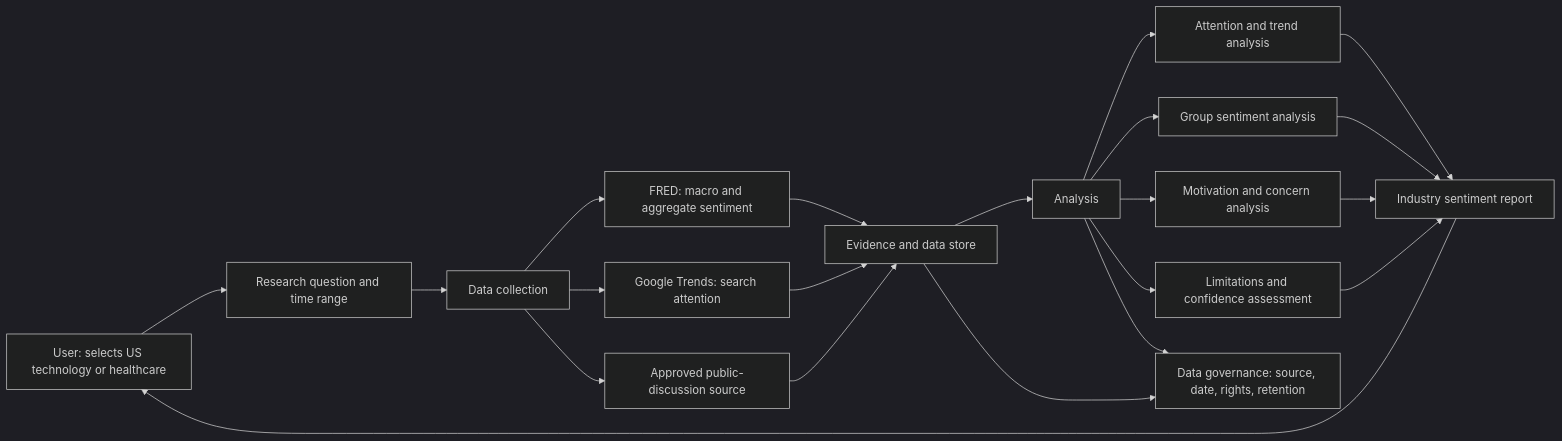
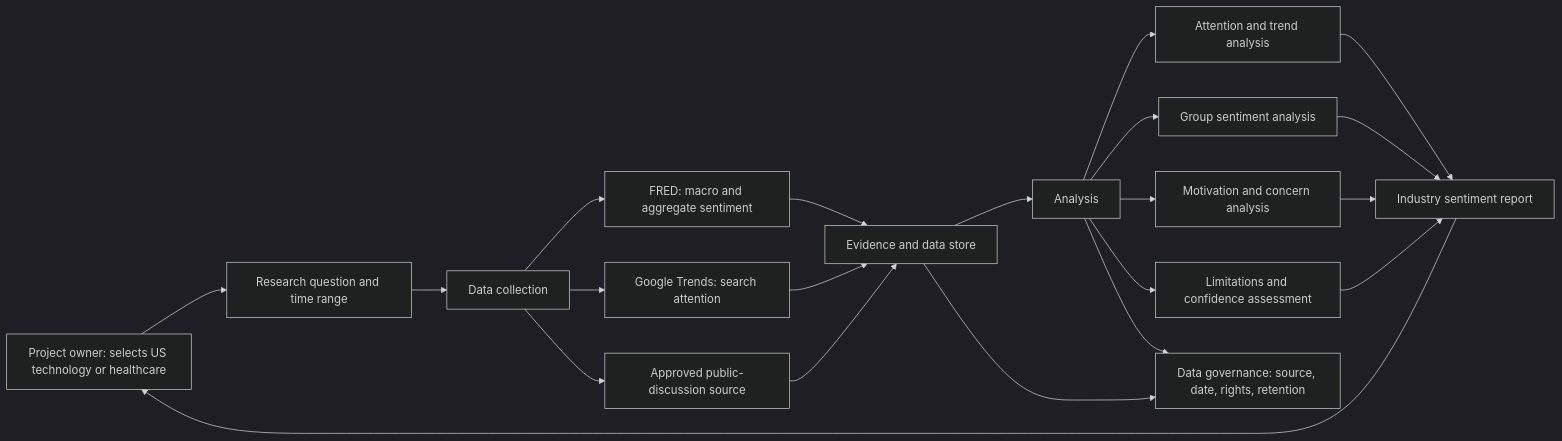
Before and after one commit to brucewangjp/marketing_personal_analysis: the diagram in docs/04_Architecture/00_System_Architecture.md, drawn with Mermaid (dark theme). The commit also changed other lines of this file and 2 other files, not shown here.

Commit message:
Define personal MVP user

````diff
--- a/docs/04_Architecture/00_System_Architecture.md
+++ b/docs/04_Architecture/00_System_Architecture.md
@@ -15,28 +15,28 @@
 ```mermaid
 flowchart LR
-    U["User: selects US technology or healthcare"] --> Q["Research question and time range"]
+    U["Project owner: selects US technology or healthcare"] --> Q["Research question and time range"]
 
     Q --> C["Data collection"]
     C --> F["FRED: macro and aggregate sentiment"]
     C --> G["Google Trends: search attention"]
     C --> D["Approved public-discussion source"]
 
     F --> E["Evidence and data store"]
     G --> E
     D --> E
 
     E --> A["Analysis"]
     A --> T["Attention and trend analysis"]
     A --> S["Group sentiment analysis"]
     A --> M["Motivation and concern analysis"]
     A --> L["Limitations and confidence assessment"]
 
     T --> R["Industry sentiment report"]
     S --> R
     M --> R
     L --> R
     R --> U
 
     E --> P["Data governance: source, date, rights, retention"]
     A --> P
 ```
````
